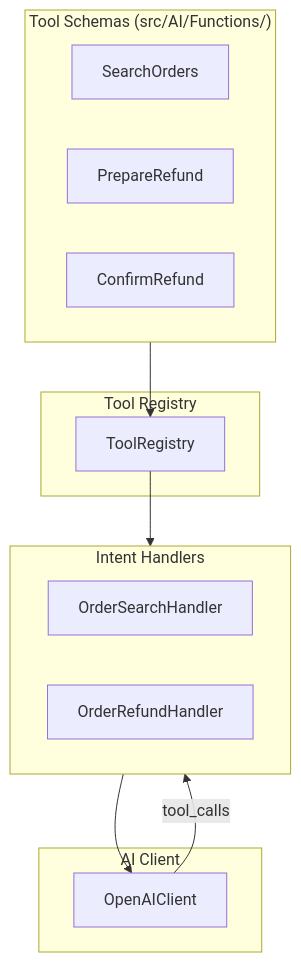
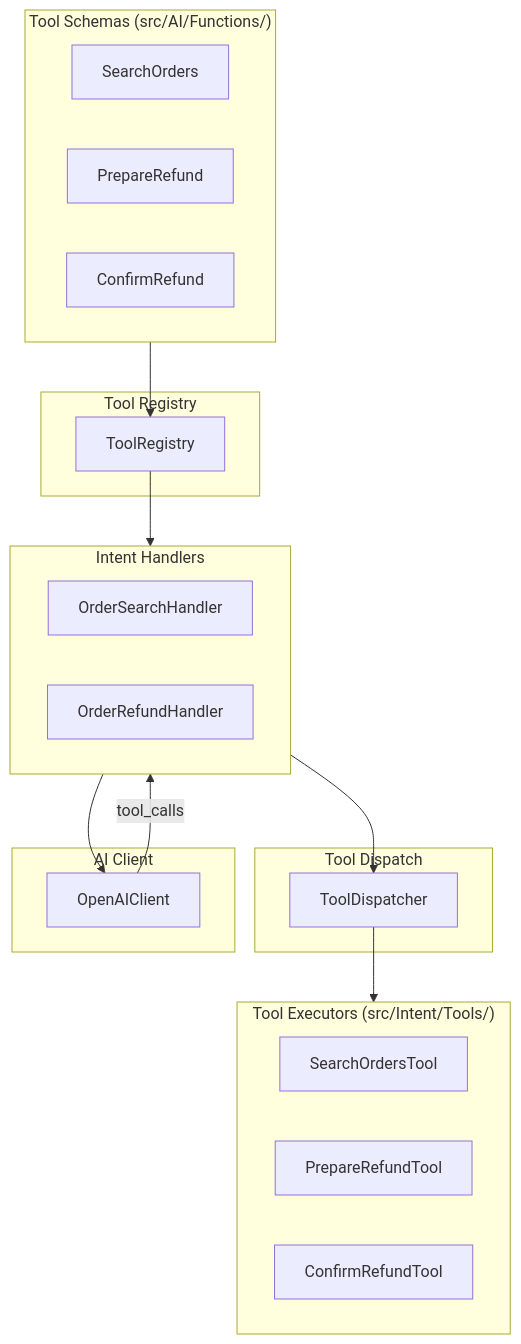
One commit to ahmeddyounes/agentwp changed the third of 9 diagrams in docs/ARCHITECTURE.md. Above: the diagram before and after it, drawn with Mermaid. The commit also changed other lines of this file and 8 other files, not shown here.

````diff
--- a/docs/ARCHITECTURE.md
+++ b/docs/ARCHITECTURE.md
@@ -301,26 +309,38 @@
 ```mermaid
 flowchart TB
     subgraph Schema["Tool Schemas (src/AI/Functions/)"]
         SO[SearchOrders]
         PR[PrepareRefund]
         CR[ConfirmRefund]
     end
 
     subgraph Registry["Tool Registry"]
         TR[ToolRegistry]
+    end
+
+    subgraph Dispatch["Tool Dispatch"]
+        TD[ToolDispatcher]
+    end
+
+    subgraph Executors["Tool Executors (src/Intent/Tools/)"]
+        ST[SearchOrdersTool]
+        PT[PrepareRefundTool]
+        CT[ConfirmRefundTool]
     end
 
     subgraph Handlers["Intent Handlers"]
         OSH[OrderSearchHandler]
         ORH[OrderRefundHandler]
     end
 
     subgraph AI["AI Client"]
         OAI[OpenAIClient]
     end
 
     Schema --> TR
     TR --> Handlers
     Handlers --> OAI
     OAI -->|tool_calls| Handlers
+    Handlers --> TD
+    TD --> Executors
 ```
````
